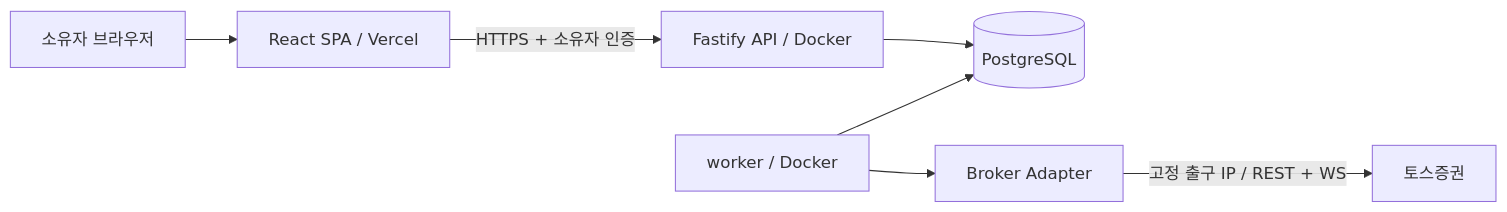
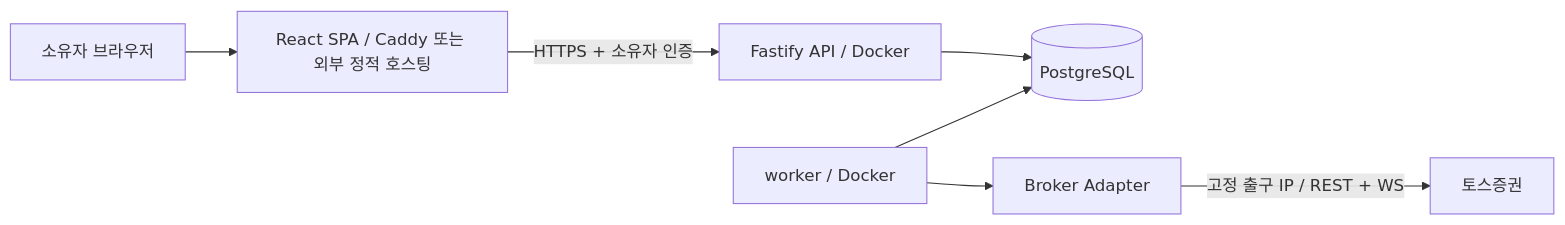
The diagram in ARCHITECTURE.md (HTHstudy/hth-stock-trading), drawn with Mermaid before and after one commit. The commit also changed other lines of this file and 5 other files, not shown here.

````diff
--- a/ARCHITECTURE.md
+++ b/ARCHITECTURE.md
@@ -11,9 +11,9 @@
 ```mermaid
 flowchart LR
-  User[소유자 브라우저] --> Web[React SPA / Vercel]
+  User[소유자 브라우저] --> Web[React SPA / Caddy 또는 외부 정적 호스팅]
   Web -->|HTTPS + 소유자 인증| API[Fastify API / Docker]
   API --> DB[(PostgreSQL)]
   Worker[worker / Docker] --> DB
   Worker --> Broker[Broker Adapter]
   Broker -->|고정 출구 IP / REST + WS| Toss[토스증권]
 ```
````
